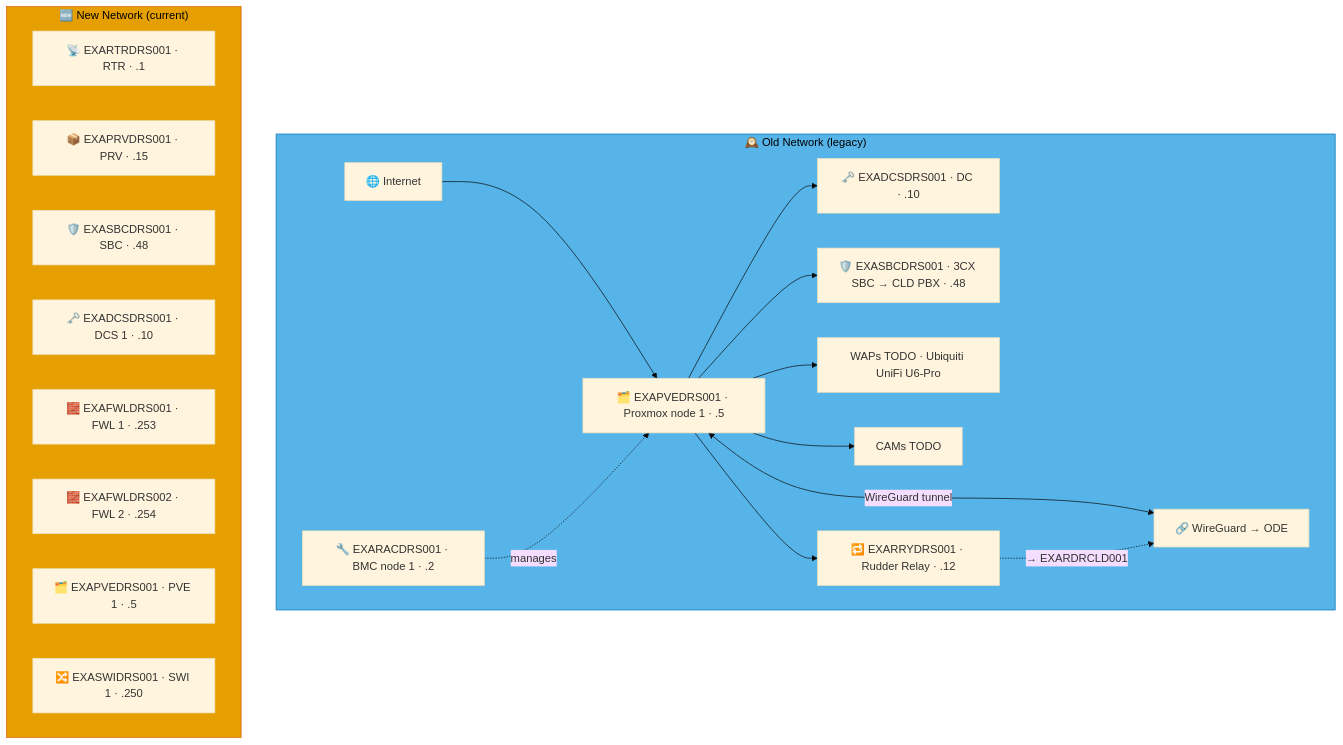
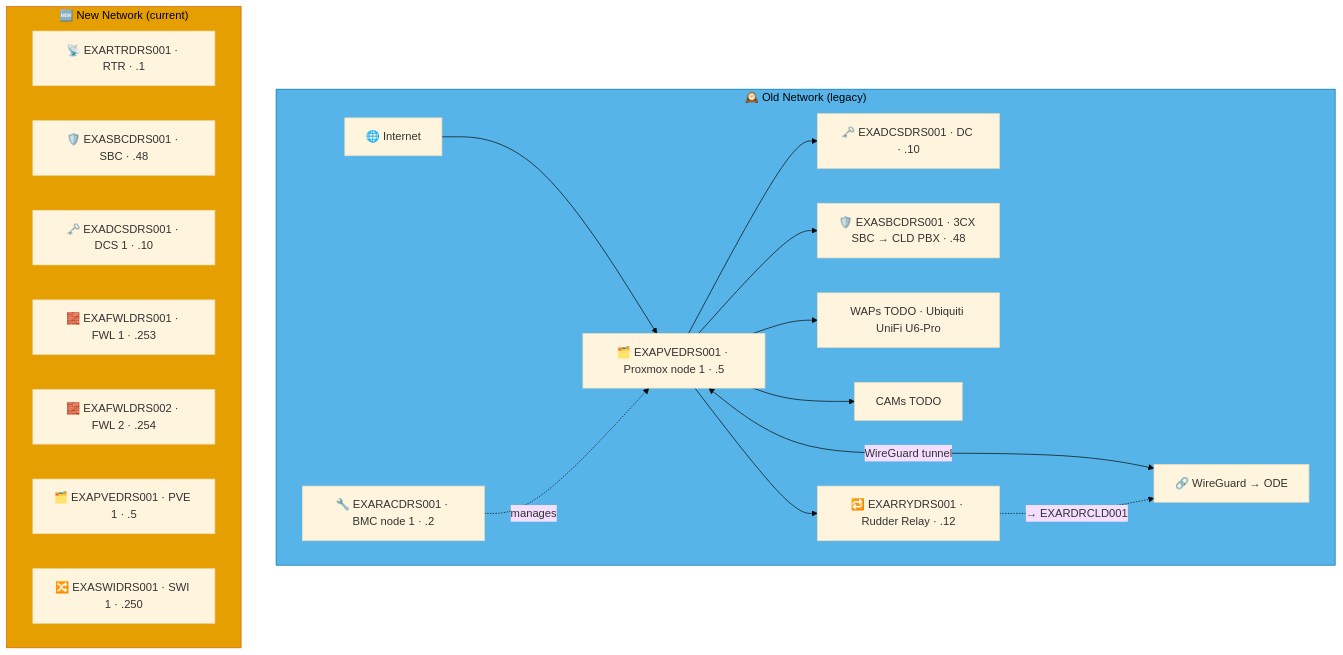
Before and after one commit to knightmare2600/example_music_infra: the fourth of 5 diagrams in docs/network-diagram/deutschland.md, drawn with Mermaid (base theme). The commit also changed other lines of this file and 55 other files, not shown here.

````diff
--- a/docs/network-diagram/deutschland.md
+++ b/docs/network-diagram/deutschland.md
@@ -181,36 +178,35 @@
 ```mermaid
 graph TD
     subgraph OLD_DRS ["🕰️ Old Network (legacy)"]
       INET["🌐 Internet"]
       RAC["🔧 EXARACDRS001 · BMC node 1 · .2"]
       PVE["🗂️ EXAPVEDRS001 · Proxmox node 1 · .5"]
       DC["🗝️ EXADCSDRS001 · DC · .10"]
       SBC["🛡️ EXASBCDRS001 · 3CX SBC → CLD PBX · .48"]
       RRY["🔁 EXARRYDRS001 · Rudder Relay · .12"]
       WAP["WAPs TODO · Ubiquiti UniFi U6-Pro"]
       CAM["CAMs TODO"]
       VPN["🔗 WireGuard → ODE"]
 
       INET --> PVE --> DC & SBC
       RAC -.->|"manages"| PVE
       PVE --> WAP & CAM
       PVE <-->|"WireGuard tunnel"| VPN
 
       PVE --> RRY
       RRY -. "→ EXARDRCLD001" .-> VPN
     end
     style OLD_DRS fill:#56B4E9,stroke:#0072B2,color:#000000
     %% GENERATED:NEW-NETWORK:DRS:START
     subgraph NEW_DRS ["🆕 New Network (current)"]
       N_RTR["📡 EXARTRDRS001 · RTR · .1"]
-      N_PRV["📦 EXAPRVDRS001 · PRV · .15"]
       N_SBC["🛡️ EXASBCDRS001 · SBC · .48"]
       N_DCS["🗝️ EXADCSDRS001 · DCS 1 · .10"]
       N_FWL["🧱 EXAFWLDRS001 · FWL 1 · .253"]
       N_FWL2["🧱 EXAFWLDRS002 · FWL 2 · .254"]
       N_PVE["🗂️ EXAPVEDRS001 · PVE 1 · .5"]
       N_SWI["🔀 EXASWIDRS001 · SWI 1 · .250"]
     end
     style NEW_DRS fill:#E69F00,stroke:#D55E00,color:#000000
     %% GENERATED:NEW-NETWORK:DRS:END
 ```
````
